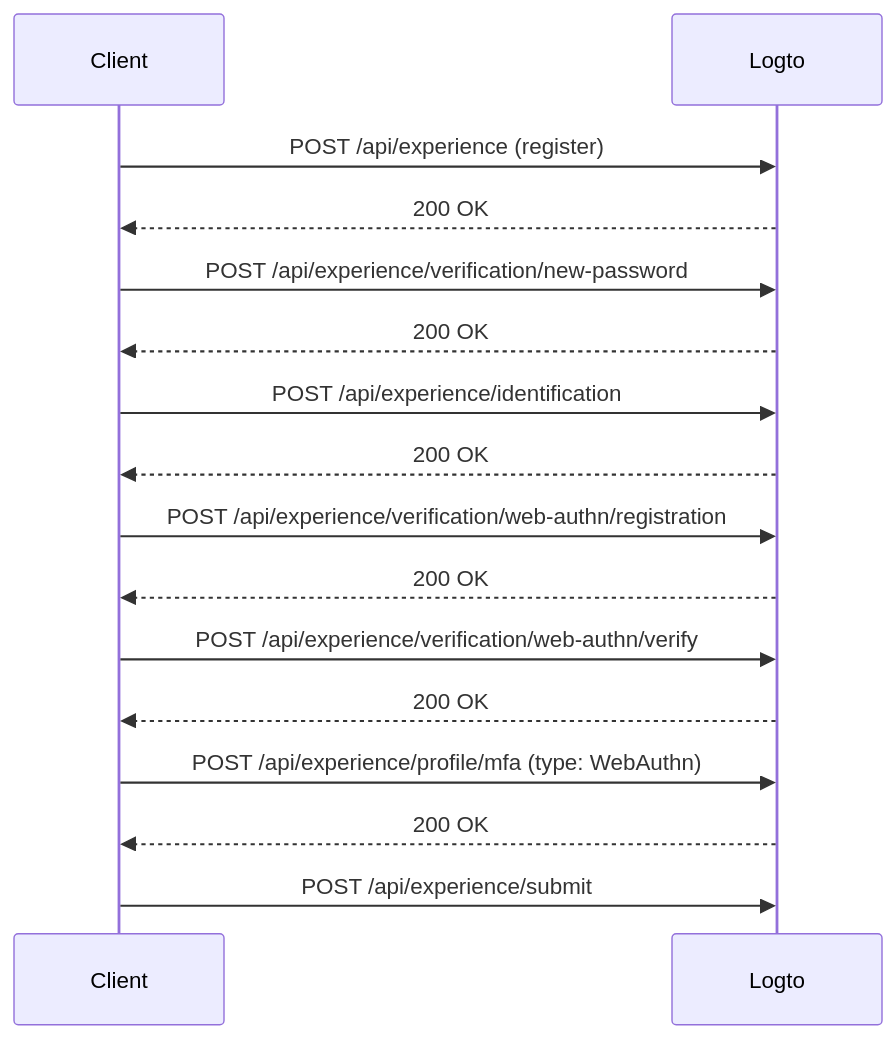
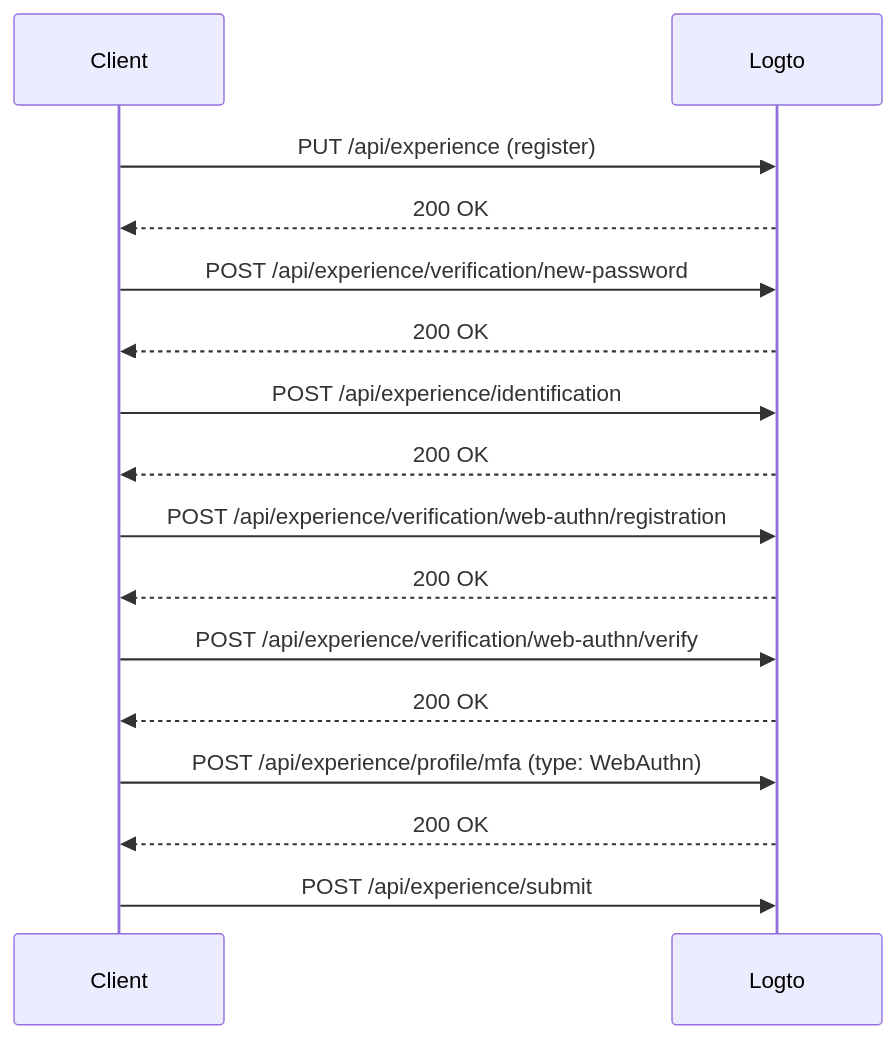
Diagram 15 of 17 in draft/0004-experience-api.md (logto-io/rfcs), drawn with Mermaid before and after one commit. The commit also changed other lines of this file, not shown here.

First line of the commit message:
refactor: update api method

````diff
--- a/draft/0004-experience-api.md
+++ b/draft/0004-experience-api.md
@@ -941,19 +941,19 @@
 ```mermaid
 sequenceDiagram
     participant C as Client
     participant L as Logto
 
-    C->>L: POST /api/experience (register)
+    C->>L: PUT /api/experience (register)
     L-->>C: 200 OK
     C->>L: POST /api/experience/verification/new-password
     L-->>C: 200 OK
     C->>L: POST /api/experience/identification
     L-->>C: 200 OK
     C->>L: POST /api/experience/verification/web-authn/registration
     L-->>C: 200 OK
     C->>L: POST /api/experience/verification/web-authn/verify
     L-->>C: 200 OK
     C->>L: POST /api/experience/profile/mfa (type: WebAuthn)
     L-->>C: 200 OK
     C->>L: POST /api/experience/submit
 ```
````
